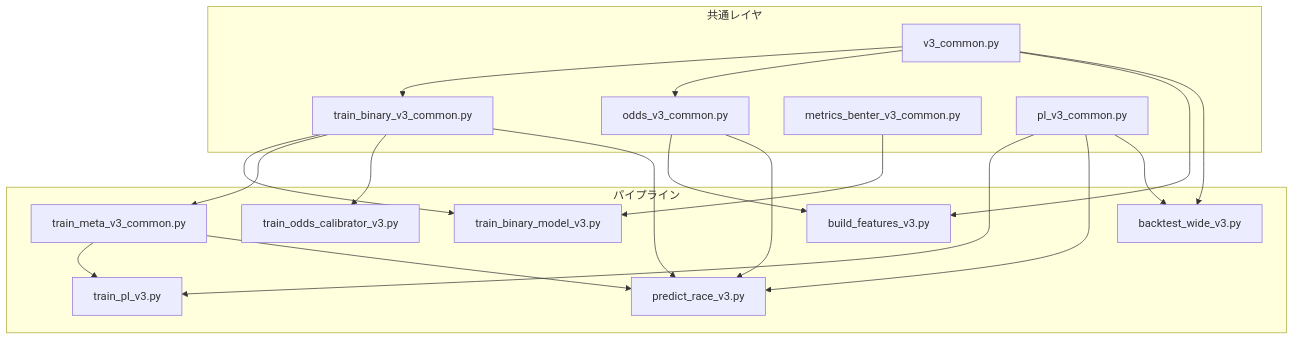
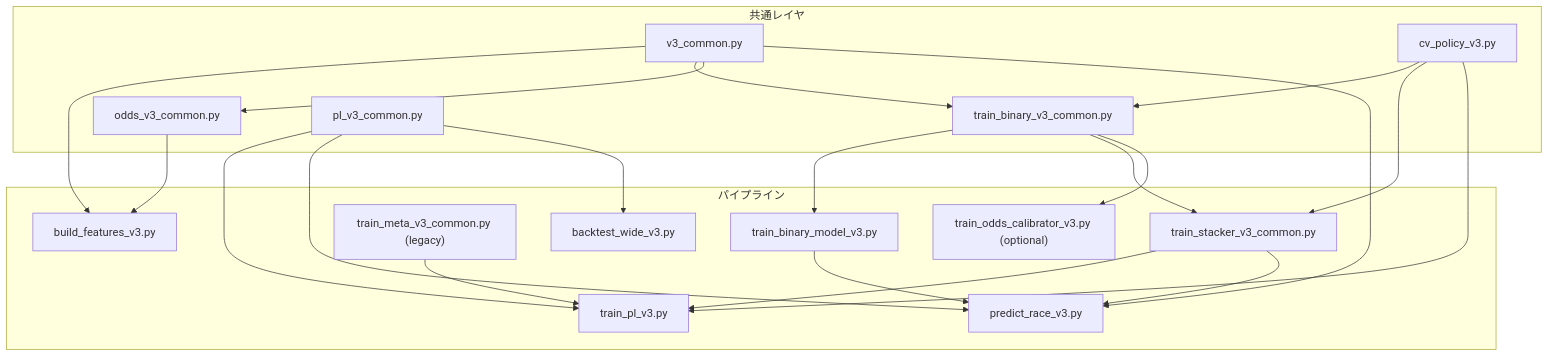
Before and after one commit to ShingoSatou/keiba: the diagram in docs/specs_v3/v3_01_全体アーキテクチャ.md, drawn with Mermaid. The commit also changed other lines of this file and 27 other files, not shown here.

````diff
--- a/docs/specs_v3/v3_01_全体アーキテクチャ.md
+++ b/docs/specs_v3/v3_01_全体アーキテクチャ.md
@@ -70,37 +62,40 @@
 ```mermaid
 graph TD
     subgraph 共通レイヤ
-        VC[v3_common.py]
-        TBC[train_binary_v3_common.py]
-        OC[odds_v3_common.py]
-        MB[metrics_benter_v3_common.py]
-        PLC[pl_v3_common.py]
+        VC["v3_common.py"]
+        CV["cv_policy_v3.py"]
+        TBC["train_binary_v3_common.py"]
+        OC["odds_v3_common.py"]
+        PLC["pl_v3_common.py"]
     end
 
     subgraph パイプライン
-        BF[build_features_v3.py]
-        TBM[train_binary_model_v3.py]
-        TMM[train_meta_v3_common.py]
-        TOC[train_odds_calibrator_v3.py]
-        TPL[train_pl_v3.py]
-        PR[predict_race_v3.py]
-        BW[backtest_wide_v3.py]
+        BF["build_features_v3.py"]
+        TBM["train_binary_model_v3.py"]
+        TSM["train_stacker_v3_common.py"]
+        TMM["train_meta_v3_common.py (legacy)"]
+        TOC["train_odds_calibrator_v3.py (optional)"]
+        TPL["train_pl_v3.py"]
+        PR["predict_race_v3.py"]
+        BW["backtest_wide_v3.py"]
     end
 
+    VC --> BF
     VC --> TBC
     VC --> OC
-    VC --> BF
-    VC --> BW
+    VC --> PR
+    CV --> TBC
+    CV --> TSM
+    CV --> TPL
     OC --> BF
-    OC --> PR
     TBC --> TBM
-    TBC --> TMM
-    MB --> TBM
+    TBC --> TSM
     TBC --> TOC
+    TSM --> TPL
     TMM --> TPL
-    TMM --> PR
     PLC --> TPL
     PLC --> PR
     PLC --> BW
-    TBC --> PR
+    TBM --> PR
+    TSM --> PR
 ```
````
